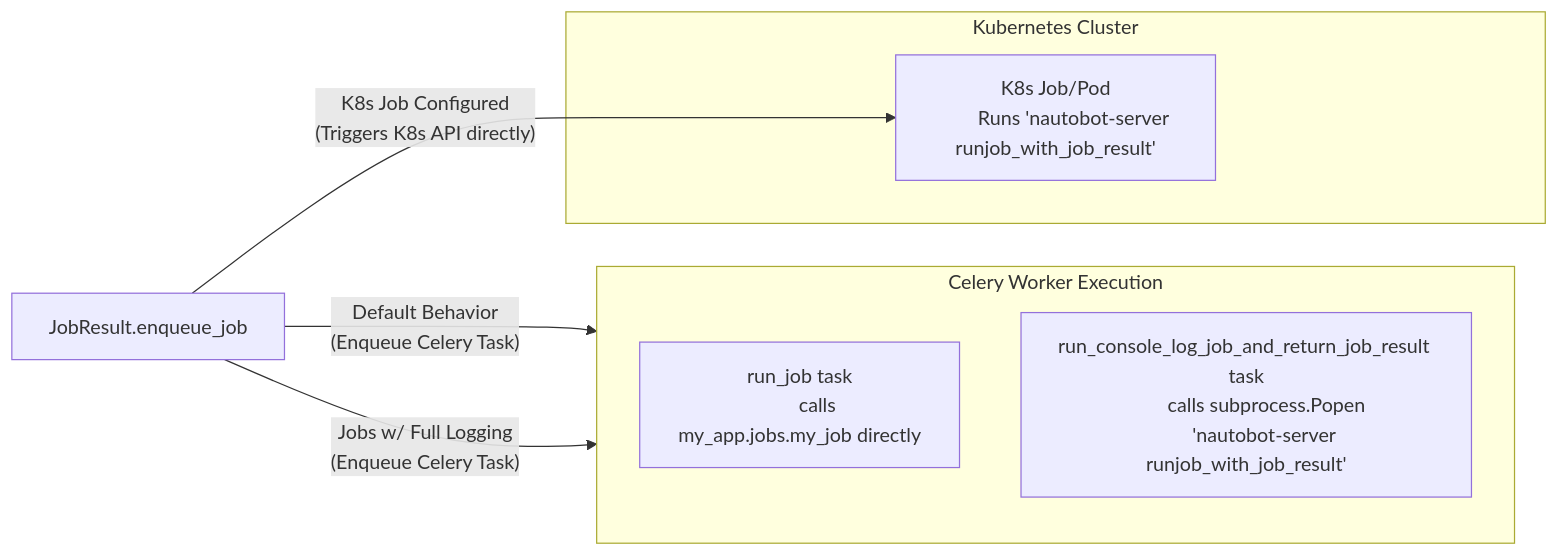
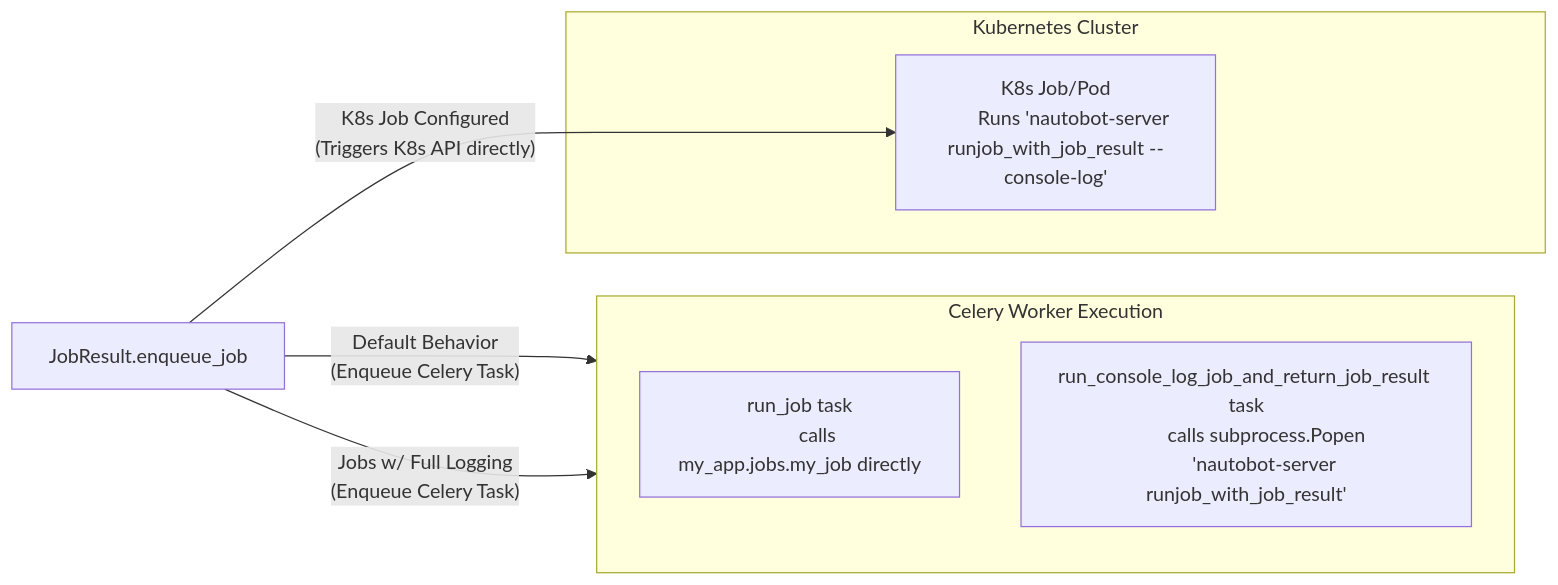
Before and after one commit to nautobot/nautobot: the diagram in nautobot/docs/development/jobs/job-logging.md, drawn with Mermaid. The commit also changed other lines of this file and 13 other files, not shown here.

Commit message:
`console_log` to `console_log_default`

````diff
--- a/nautobot/docs/development/jobs/job-logging.md
+++ b/nautobot/docs/development/jobs/job-logging.md
@@ -112,27 +112,27 @@
 ```mermaid
 flowchart LR
     %% Nodes
     start[JobResult.enqueue_job]
     
     subgraph CeleryWorker [Celery Worker Execution]
         direction TB
         direct_call[run_job task
         calls my_app.jobs.my_job directly]
         subprocess_call[run_console_log_job_and_return_job_result task
         calls subprocess.Popen
         'nautobot-server runjob_with_job_result']
     end
 
     subgraph K8sCluster [Kubernetes Cluster]
         k8s_pod[K8s Job/Pod
-        Runs 'nautobot-server runjob_with_job_result']
+        Runs 'nautobot-server runjob_with_job_result --console-log']
     end
 
     %% Edges
     start -- "Default Behavior
     (Enqueue Celery Task)" --> direct_call
     start -- "Jobs w/ Full Logging
     (Enqueue Celery Task)" --> subprocess_call
     start -- "K8s Job Configured
     (Triggers K8s API directly)" --> k8s_pod
 ```
````
